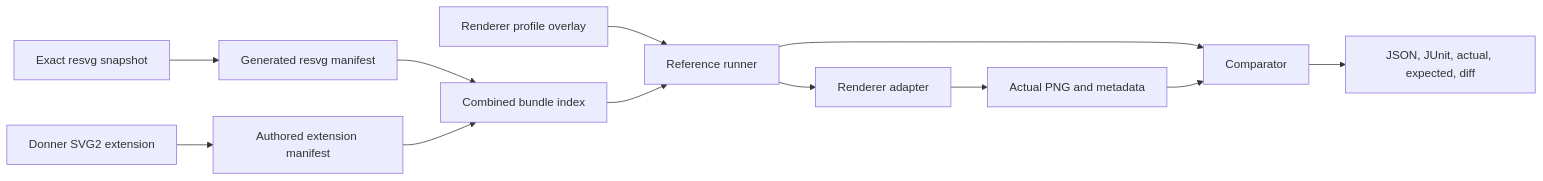
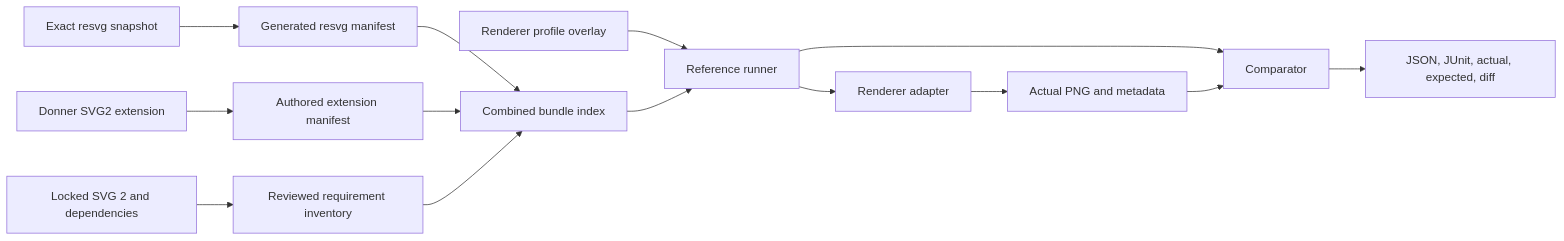
One commit to jwmcglynn/donner changed the diagram in docs/design_docs/0057-donner_svg2_test_suite.md. Above: the diagram before and after it, drawn with Mermaid. The commit also changed other lines of this file, not shown here.

Commit message:
docs: target full SVG 2 compliance

````diff
--- a/docs/design_docs/0057-donner_svg2_test_suite.md
+++ b/docs/design_docs/0057-donner_svg2_test_suite.md
@@ -138,14 +308,16 @@
 ```mermaid
 flowchart LR
+  S[Locked SVG 2 and dependencies] --> Q[Reviewed requirement inventory]
   R[Exact resvg snapshot] --> RM[Generated resvg manifest]
   D[Donner SVG2 extension] --> DM[Authored extension manifest]
   RM --> B[Combined bundle index]
   DM --> B
+  Q --> B
   P[Renderer profile overlay] --> X[Reference runner]
   B --> X
   X --> A[Renderer adapter]
   A --> O[Actual PNG and metadata]
   X --> C[Comparator]
   O --> C
   C --> J[JSON, JUnit, actual, expected, diff]
 ```
````
